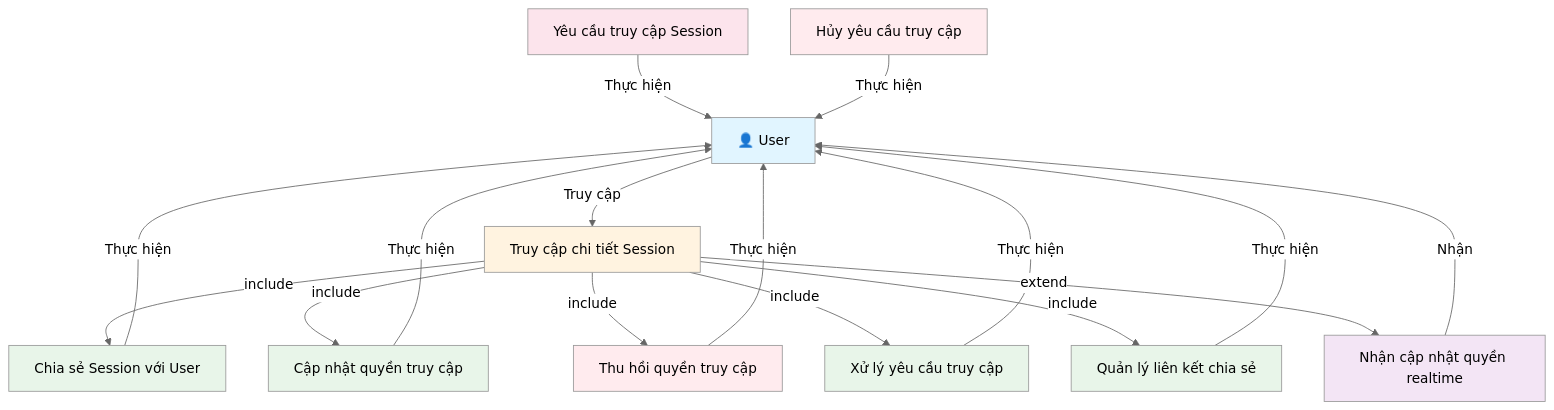
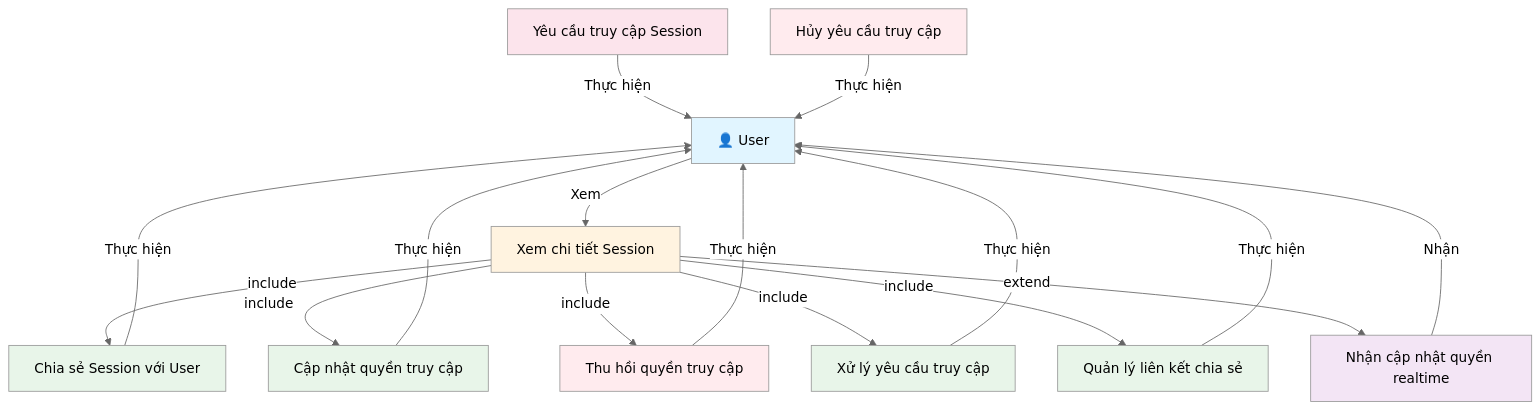
Before and after one commit to mduc-2610/gp_doc: the diagram in session_access/1_session_access_usecase.md, drawn with Mermaid (neutral theme). The commit also changed other lines of this file and 8 other files, not shown here.

````diff
--- a/session_access/1_session_access_usecase.md
+++ b/session_access/1_session_access_usecase.md
@@ -3,52 +3,52 @@
 ```mermaid
 graph TB
     User["👤 User"]
     
-    AccessSessionDetail["Truy cập chi tiết Session"]
+    ViewSessionDetail["Xem chi tiết Session"]
     
     ShareSession["Chia sẻ Session với User"]
     UpdatePermission["Cập nhật quyền truy cập"]
     RevokePermission["Thu hồi quyền truy cập"]
     HandleRequest["Xử lý yêu cầu truy cập"]
     ManageLink["Quản lý liên kết chia sẻ"]
     
     RequestAccess["Yêu cầu truy cập Session"]
     CancelRequest["Hủy yêu cầu truy cập"]
     
     ReceiveUpdate["Nhận cập nhật quyền realtime"]
     
-    User -->|Truy cập| AccessSessionDetail
+    User -->|Xem| ViewSessionDetail
     
-    AccessSessionDetail -->|include| ShareSession
+    ViewSessionDetail -->|include| ShareSession
     ShareSession -->|Thực hiện| User
     
-    AccessSessionDetail -->|include| UpdatePermission
+    ViewSessionDetail -->|include| UpdatePermission
     UpdatePermission -->|Thực hiện| User
     
-    AccessSessionDetail -->|include| RevokePermission
+    ViewSessionDetail -->|include| RevokePermission
     RevokePermission -->|Thực hiện| User
     
-    AccessSessionDetail -->|include| HandleRequest
+    ViewSessionDetail -->|include| HandleRequest
     HandleRequest -->|Thực hiện| User
     
-    AccessSessionDetail -->|include| ManageLink
+    ViewSessionDetail -->|include| ManageLink
     ManageLink -->|Thực hiện| User
     
     RequestAccess -->|Thực hiện| User
     
     CancelRequest -->|Thực hiện| User
     
-    AccessSessionDetail -->|extend| ReceiveUpdate
+    ViewSessionDetail -->|extend| ReceiveUpdate
     ReceiveUpdate -->|Nhận| User
     
     style User fill:#e1f5ff
-    style AccessSessionDetail fill:#fff3e0
+    style ViewSessionDetail fill:#fff3e0
     style ShareSession fill:#e8f5e9
     style UpdatePermission fill:#e8f5e9
     style RevokePermission fill:#ffebee
     style HandleRequest fill:#e8f5e9
     style ManageLink fill:#e8f5e9
     style RequestAccess fill:#fce4ec
     style CancelRequest fill:#ffebee
     style ReceiveUpdate fill:#f3e5f5
 ```
````
